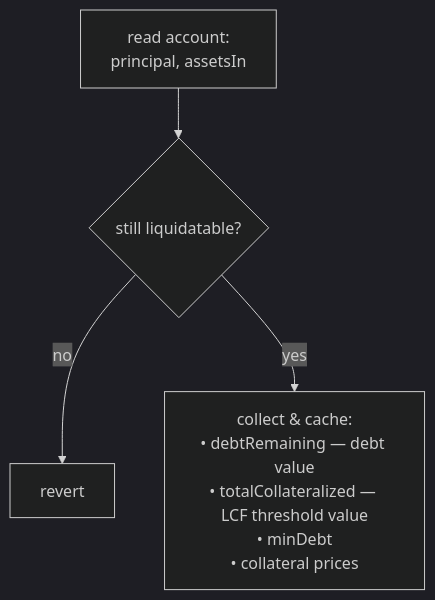
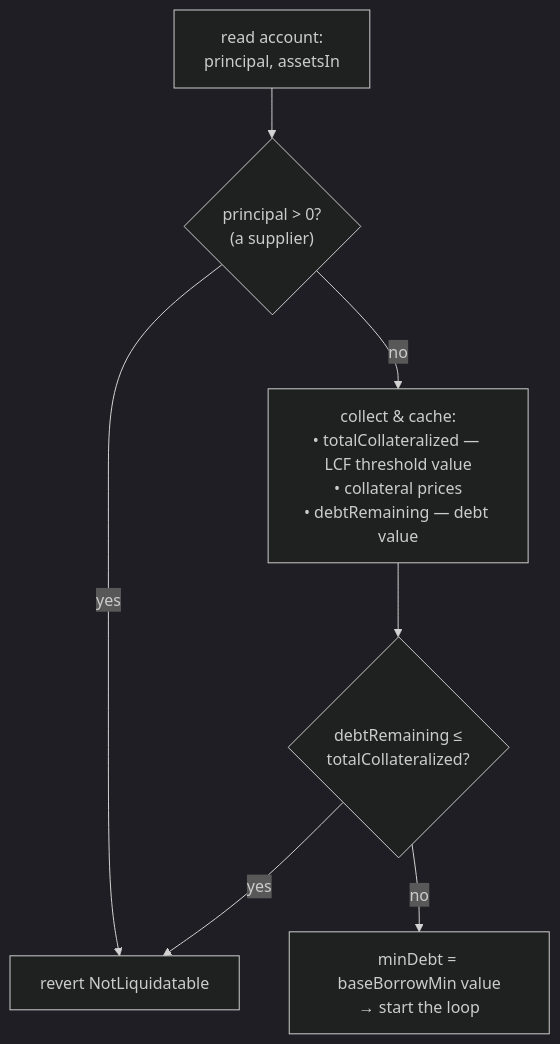
One commit to woof-software/comet changed the third of 6 diagrams in docs/liquidation.md. Above: the diagram before and after it, drawn with Mermaid (dark theme). The commit also changed other lines of this file and 1 other file, not shown here.

````diff
--- a/docs/liquidation.md
+++ b/docs/liquidation.md
@@ -519,6 +449,9 @@
 ```mermaid
 flowchart TD
-    A1["read account:<br/>principal, assetsIn"] --> A2{"still liquidatable?"}
-    A2 -->|no| R["revert"]
-    A2 -->|yes| A3["collect &amp; cache:<br/>• debtRemaining — debt value<br/>• totalCollateralized — LCF threshold value<br/>• minDebt<br/>• collateral prices"]
+    A1["read account:<br/>principal, assetsIn"] --> A2{"principal > 0?<br/>(a supplier)"}
+    A2 -->|yes| R["revert NotLiquidatable"]
+    A2 -->|no| A3["collect &amp; cache:<br/>• totalCollateralized — LCF threshold value<br/>• collateral prices<br/>• debtRemaining — debt value"]
+    A3 --> A4{"debtRemaining ≤<br/>totalCollateralized?"}
+    A4 -->|yes| R
+    A4 -->|no| A5["minDebt = baseBorrowMin value<br/>→ start the loop"]
 ```
````
